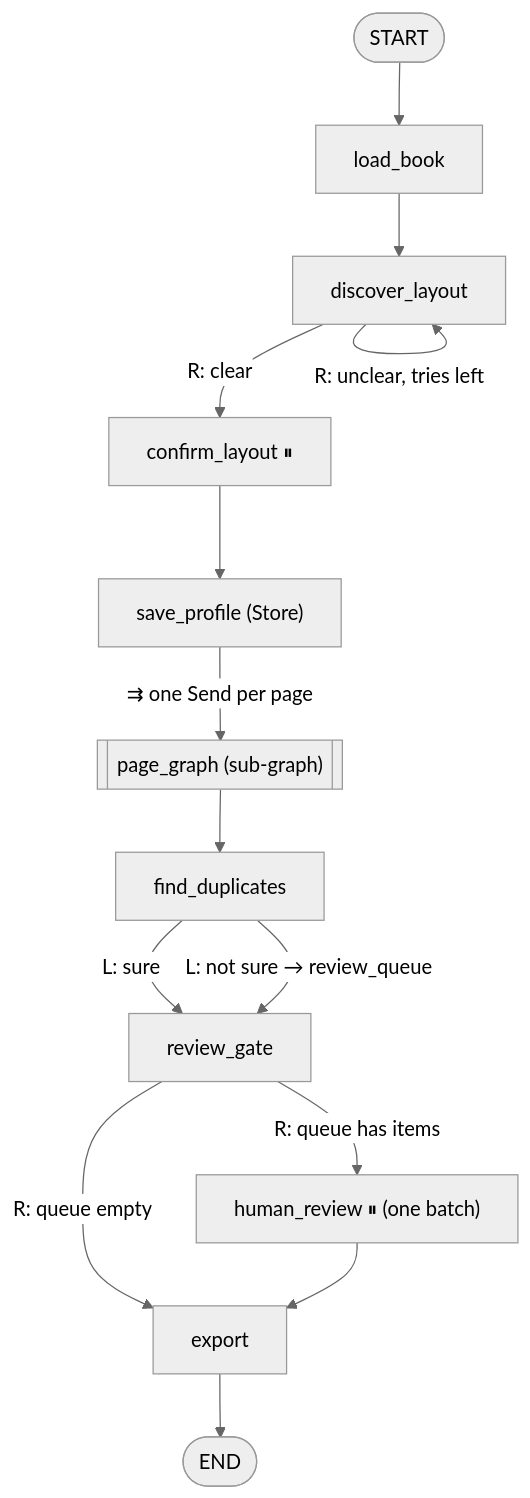
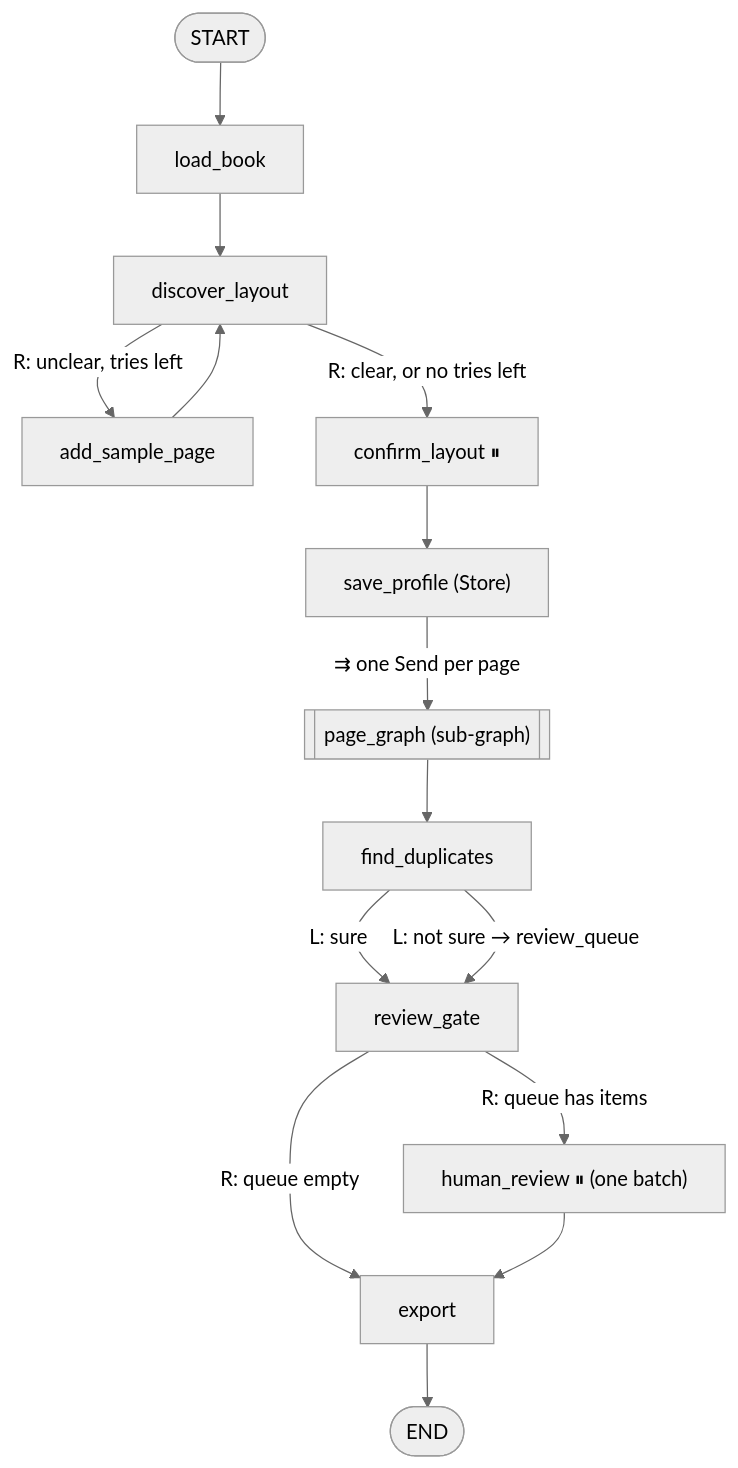
The first of 2 diagrams in docs/design/topology.md (mendilerner/Hebrew-phone-book-transformer), drawn with Mermaid (neutral theme) before and after one commit. The commit also changed other lines of this file and 13 other files, not shown here.

````diff
--- a/docs/design/topology.md
+++ b/docs/design/topology.md
@@ -10,16 +10,17 @@
 ```mermaid
 flowchart TD
     S([START]) --> load_book
     load_book --> discover_layout
-    discover_layout -->|R: unclear, tries left| discover_layout
-    discover_layout -->|R: clear| confirm_layout["confirm_layout ⏸"]
+    discover_layout -->|R: unclear, tries left| add_sample_page
+    add_sample_page --> discover_layout
+    discover_layout -->|R: clear, or no tries left| confirm_layout["confirm_layout ⏸"]
     confirm_layout --> save_profile["save_profile (Store)"]
     save_profile -->|⇉ one Send per page| page_graph[["page_graph (sub-graph)"]]
     page_graph --> find_duplicates
     find_duplicates -->|L: sure| review_gate
     find_duplicates -->|L: not sure → review_queue| review_gate
     review_gate -->|R: queue empty| export
     review_gate -->|R: queue has items| human_review["human_review ⏸ (one batch)"]
     human_review --> export
     export --> E([END])
 ```
````
